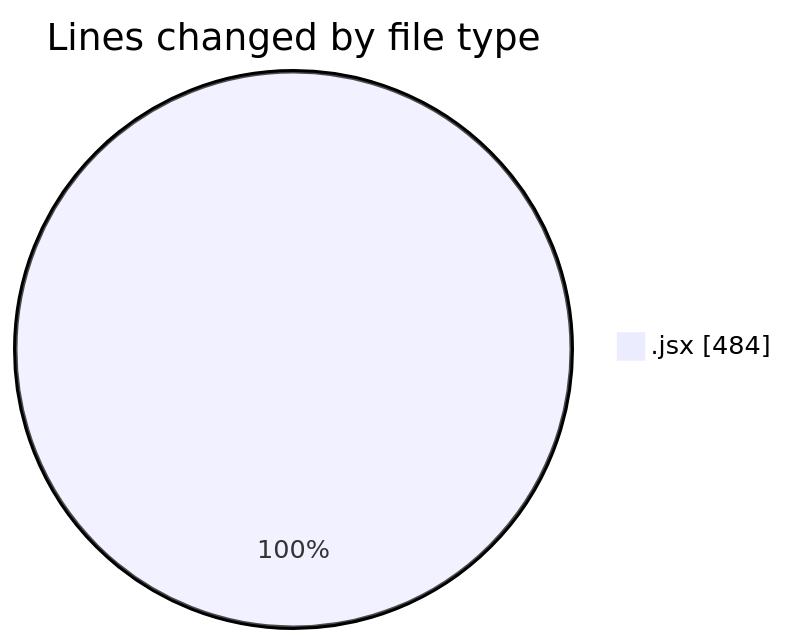
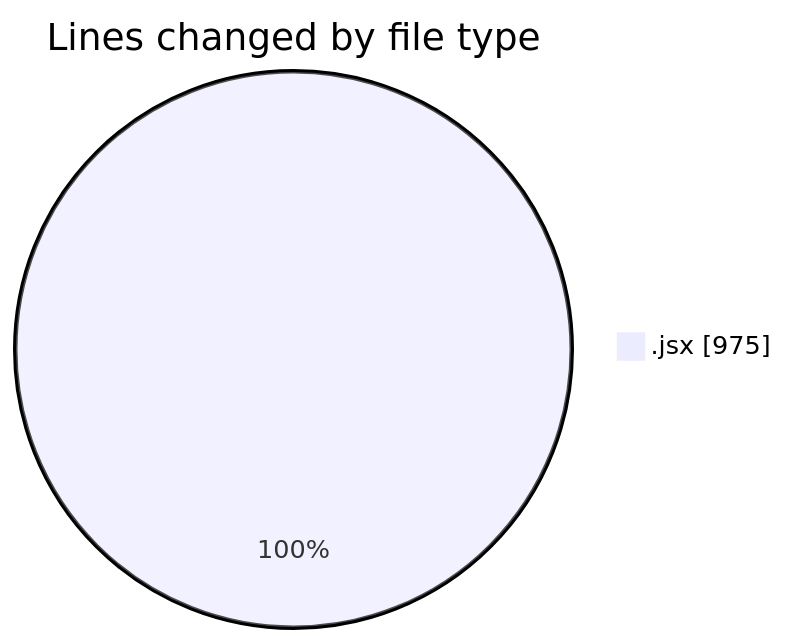
Before and after one commit to nxtqubesakshisongat/code-tracking: the first of 2 diagrams in 2025-07-24/nxtqube_webapp/README.md, drawn with Mermaid. The commit also changed other lines of this file and 1 other file, not shown here.

````diff
--- a/2025-07-24/nxtqube_webapp/README.md
+++ b/2025-07-24/nxtqube_webapp/README.md
@@ -20,5 +22,5 @@
 ```mermaid
 pie showData
 title Lines changed by file type
-".jsx" : 484
+".jsx" : 975
 ```
````
